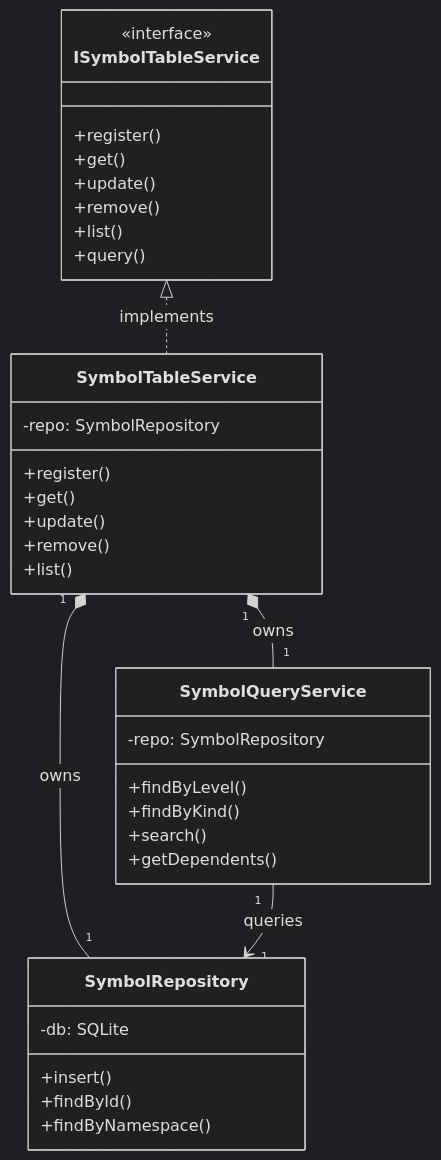
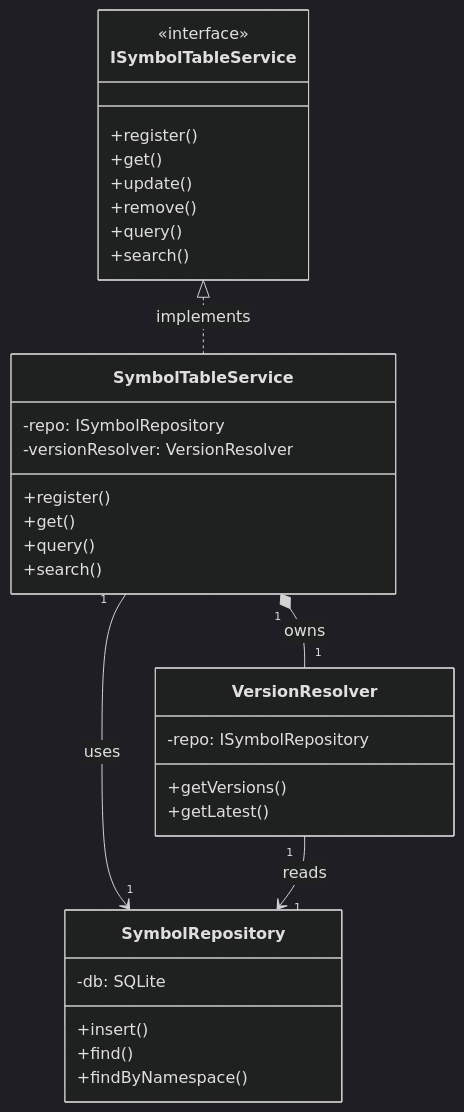
Before and after one commit to louipr/cyrus-code: the eighth of 10 diagrams in docs/c4/AUTHORING.md, drawn with Mermaid (dark theme). The commit also changed other lines of this file and 11 other files, not shown here.

First line of the commit message:
refactor: merge SymbolQueryService into SymbolTableService

````diff
--- a/docs/c4/AUTHORING.md
+++ b/docs/c4/AUTHORING.md
@@ -185,43 +185,41 @@
 ```mermaid
 classDiagram
     direction TB
 
     class ISymbolTableService {
         <<interface>>
         +register()
         +get()
         +update()
         +remove()
-        +list()
         +query()
+        +search()
     }
 
     class SymbolTableService {
-        -repo: SymbolRepository
+        -repo: ISymbolRepository
+        -versionResolver: VersionResolver
         +register()
         +get()
-        +update()
-        +remove()
-        +list()
+        +query()
+        +search()
     }
 
-    class SymbolQueryService {
-        -repo: SymbolRepository
-        +findByLevel()
-        +findByKind()
-        +search()
-        +getDependents()
+    class VersionResolver {
+        -repo: ISymbolRepository
+        +getVersions()
+        +getLatest()
     }
 
     class SymbolRepository {
         -db: SQLite
         +insert()
-        +findById()
+        +find()
         +findByNamespace()
     }
 
     ISymbolTableService <|.. SymbolTableService : implements
-    SymbolTableService "1" *-- "1" SymbolRepository : owns
-    SymbolTableService "1" *-- "1" SymbolQueryService : owns
-    SymbolQueryService "1" --> "1" SymbolRepository : queries
+    SymbolTableService "1" *-- "1" VersionResolver : owns
+    SymbolTableService "1" --> "1" SymbolRepository : uses
+    VersionResolver "1" --> "1" SymbolRepository : reads
 ```
````
